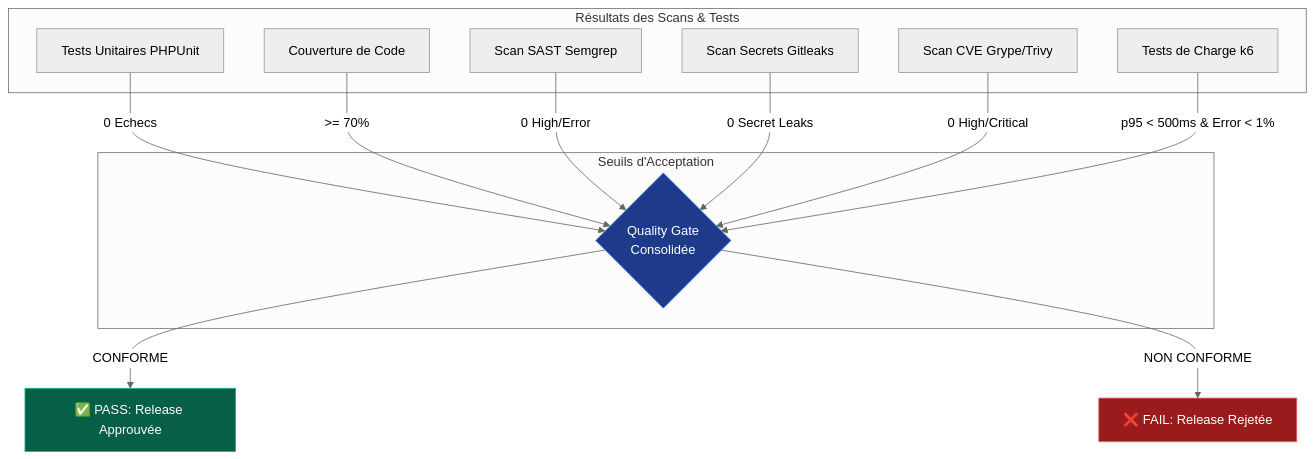
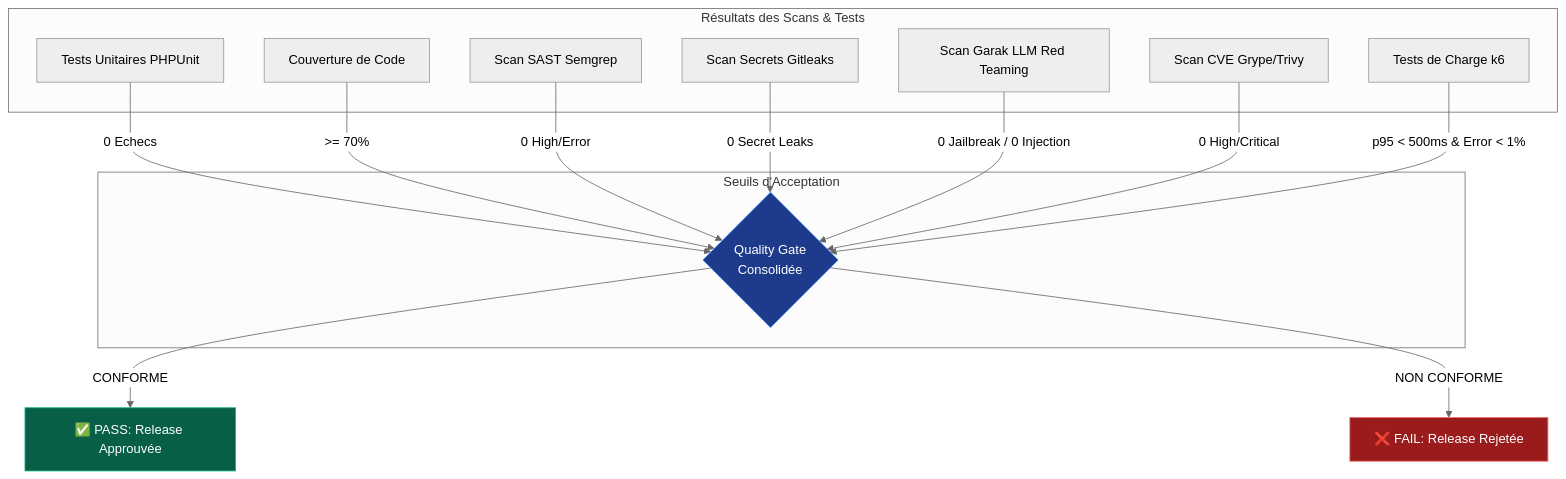
The fifth of 5 diagrams in docs/DEVSECOPS_CHAIN_COMPLETE.md (YassinoMed/MasterPFE), drawn with Mermaid (neutral theme) before and after one commit. The commit also changed other lines of this file, not shown here.

Commit message:
docs(devsecops): optimize builder image to Chainguard Dev, add LLM PVC initContainers, and explicitly integrate Garak CI stage

````diff
--- a/docs/DEVSECOPS_CHAIN_COMPLETE.md
+++ b/docs/DEVSECOPS_CHAIN_COMPLETE.md
@@ -264,31 +274,33 @@
 ```mermaid
 graph TD
     subgraph Inputs["Résultats des Scans & Tests"]
         IN_TEST["Tests Unitaires PHPUnit"]
         IN_COV["Couverture de Code"]
         IN_SAST["Scan SAST Semgrep"]
         IN_SEC["Scan Secrets Gitleaks"]
+        IN_GARAK["Scan Garak LLM Red Teaming"]
         IN_CVE["Scan CVE Grype/Trivy"]
         IN_K6["Tests de Charge k6"]
     end
 
     subgraph Thresholds["Seuils d'Acceptation"]
         IN_TEST -->|0 Echecs| GATE{Quality Gate<br/>Consolidée}
         IN_COV -->|>= 70%| GATE
         IN_SAST -->|0 High/Error| GATE
         IN_SEC -->|0 Secret Leaks| GATE
+        IN_GARAK -->|0 Jailbreak / 0 Injection| GATE
         IN_CVE -->|0 High/Critical| GATE
         IN_K6 -->|p95 < 500ms & Error < 1%| GATE
     end
 
     GATE -->|CONFORME| PASS["✅ PASS: Release Approuvée"]
     GATE -->|NON CONFORME| FAIL["❌ FAIL: Release Rejetée"]
 
     classDef pass fill:#065f46,stroke:#10b981,color:#fff;
     classDef fail fill:#991b1b,stroke:#f87171,color:#fff;
     classDef gate fill:#1e3a8a,stroke:#3b82f6,color:#fff;
 
     class PASS pass;
     class FAIL fail;
     class GATE gate;
 ```
````
